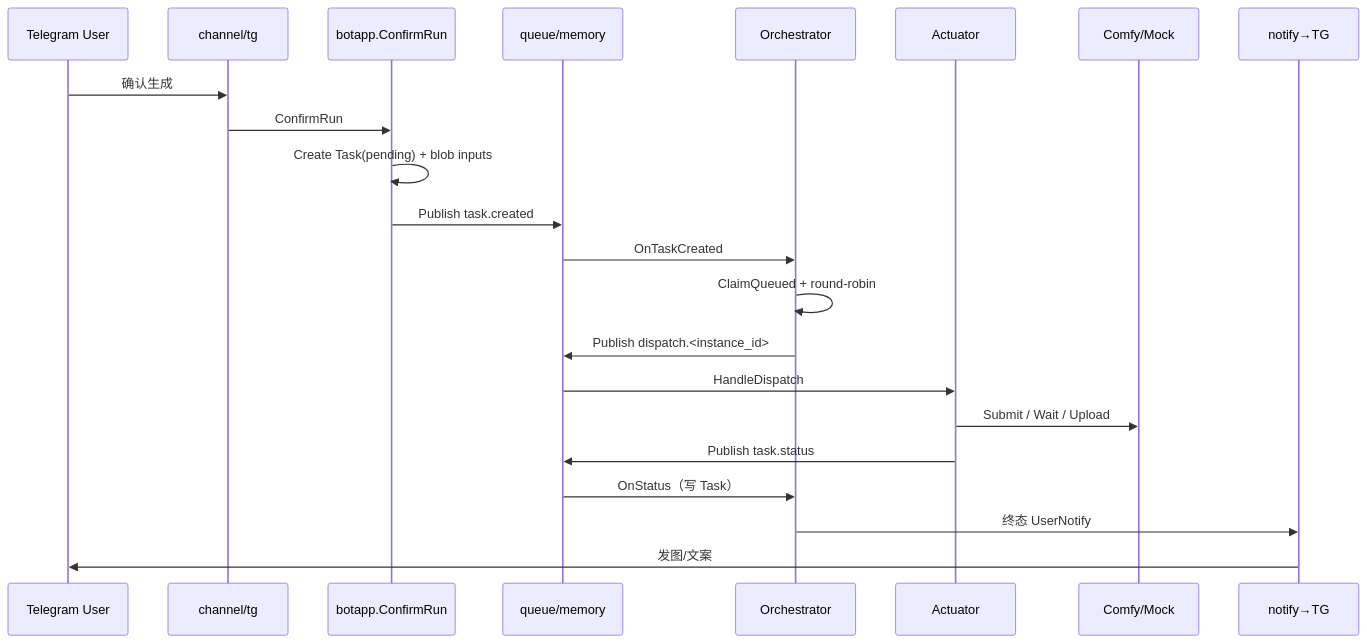
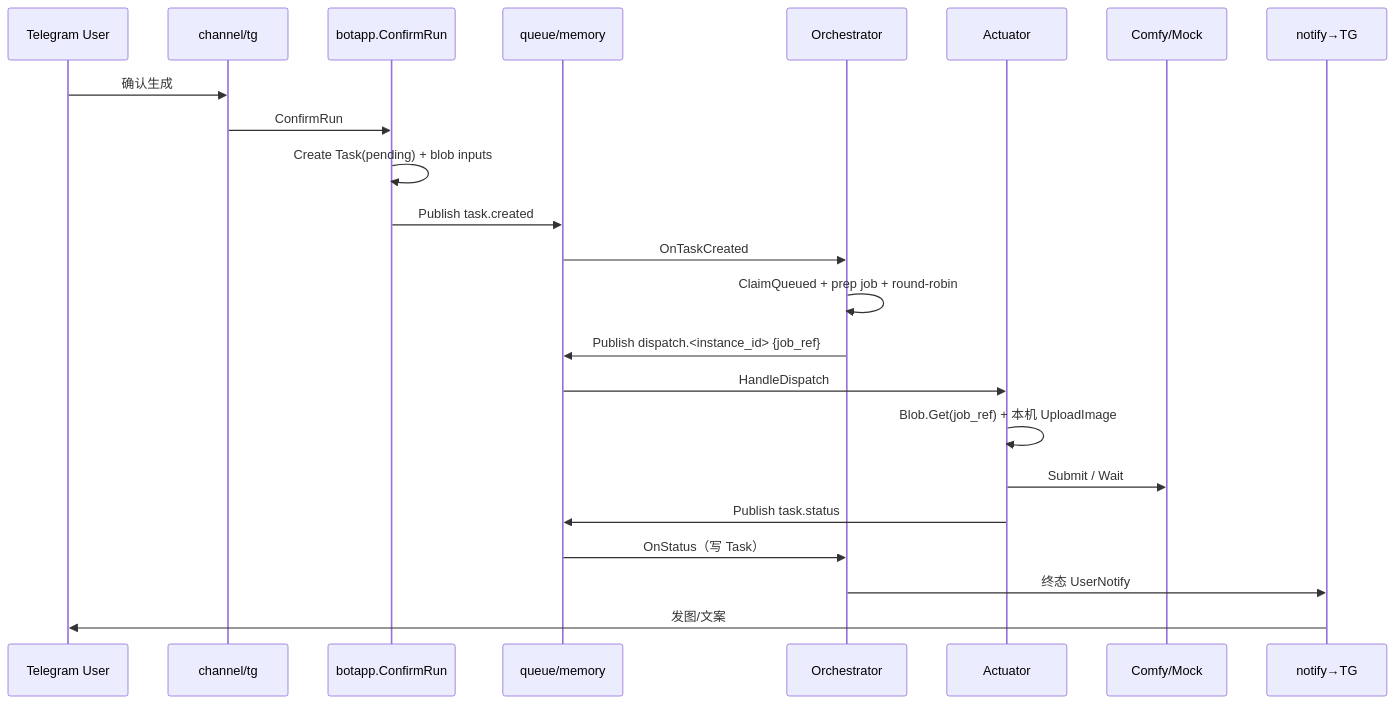
The first of 2 diagrams in docs/architecture/runtime.md (Mr9esx/Pixoma), drawn with Mermaid before and after one commit. The commit also changed other lines of this file and 56 other files, not shown here.

First line of the commit message:
feat: Edge-Agent 双模式与方案 A job_ref

````diff
--- a/docs/architecture/runtime.md
+++ b/docs/architecture/runtime.md
@@ -9,25 +9,26 @@
 ```mermaid
 sequenceDiagram
   participant U as Telegram User
   participant TG as channel/tg
   participant APP as botapp.ConfirmRun
   participant Q as queue/memory
   participant O as Orchestrator
   participant A as Actuator
   participant C as Comfy/Mock
   participant N as notify→TG
 
   U->>TG: 确认生成
   TG->>APP: ConfirmRun
   APP->>APP: Create Task(pending) + blob inputs
   APP->>Q: Publish task.created
   Q->>O: OnTaskCreated
-  O->>O: ClaimQueued + round-robin
-  O->>Q: Publish dispatch.<instance_id>
+  O->>O: ClaimQueued + prep job + round-robin
+  O->>Q: Publish dispatch.<instance_id> {job_ref}
   Q->>A: HandleDispatch
-  A->>C: Submit / Wait / Upload
+  A->>A: Blob.Get(job_ref) + 本机 UploadImage
+  A->>C: Submit / Wait
   A->>Q: Publish task.status
   Q->>O: OnStatus（写 Task）
   O->>N: 终态 UserNotify
   N->>U: 发图/文案
 ```
````
